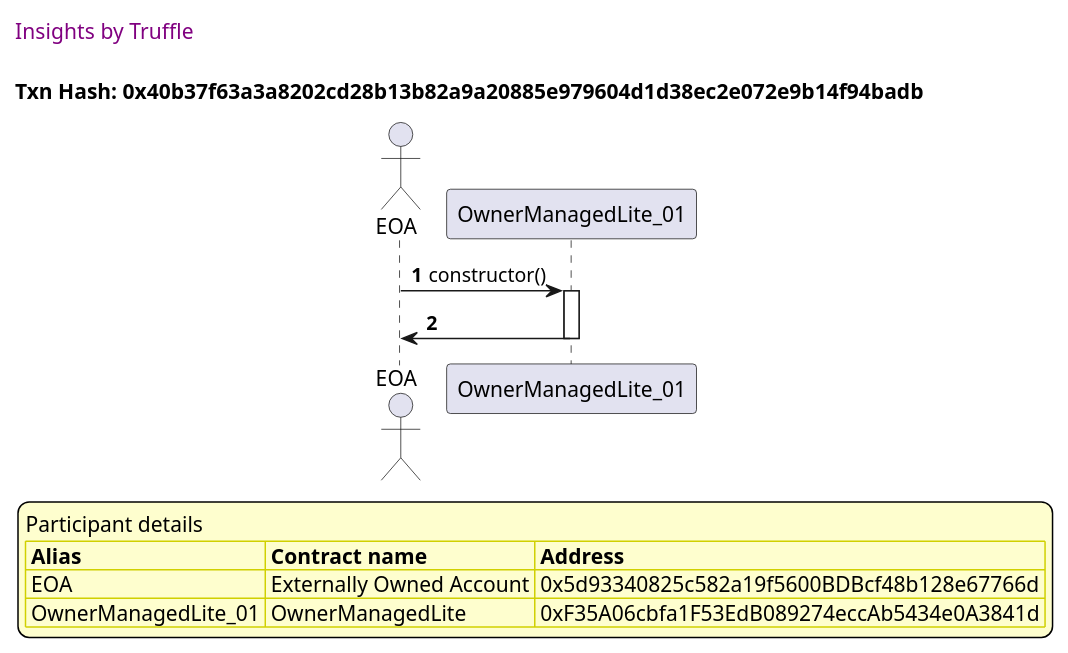
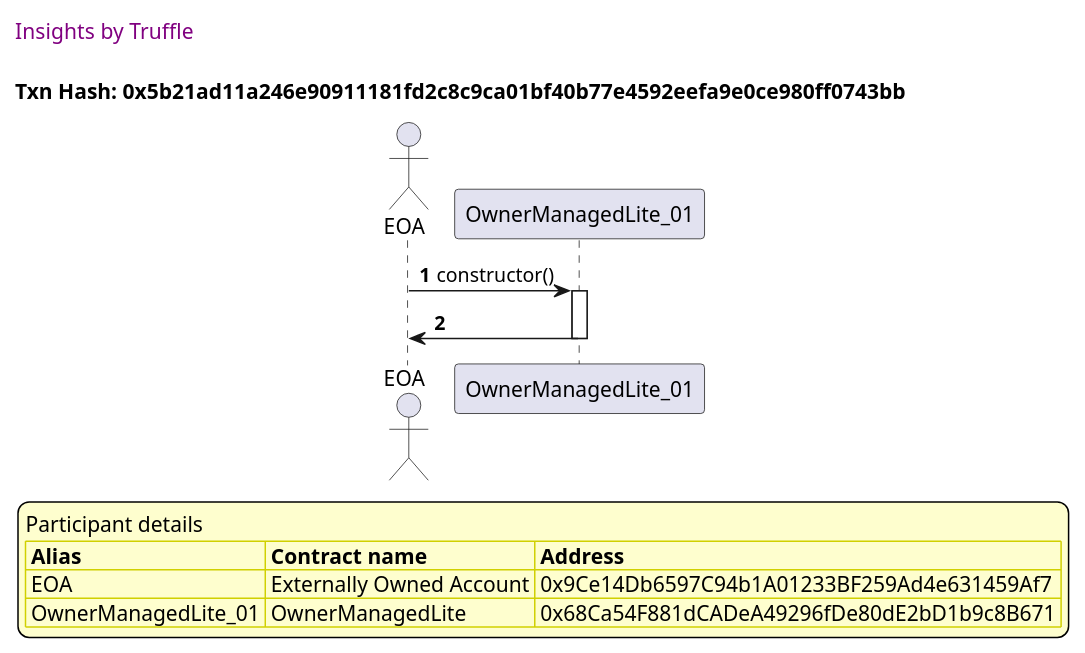
One commit to thedarkjester/ConsensysAssignment changed the first of 53 diagrams in truffle-seq/OwnerManagedLite_test_withdraw_and_fallback.md. Above: the diagram before and after it, drawn with PlantUML. The commit also changed other lines of this file and 13 other files, not shown here.

````diff
--- a/truffle-seq/OwnerManagedLite_test_withdraw_and_fallback.md
+++ b/truffle-seq/OwnerManagedLite_test_withdraw_and_fallback.md
@@ -13,37 +13,37 @@
 ```plantuml
 
 
 @startuml
 
 autonumber
 skinparam legendBackgroundColor #FEFECE
 
 <style>
       header {
         HorizontalAlignment left
         FontColor purple
         FontSize 14
         Padding 10
       }
     </style>
 
 header Insights by Truffle
 
-title Txn Hash: 0x40b37f63a3a8202cd28b13b82a9a20885e979604d1d38ec2e072e9b14f94badb
+title Txn Hash: 0x5b21ad11a246e90911181fd2c8c9ca01bf40b77e4592eefa9e0ce980ff0743bb
 
 
 actor EOA as "EOA"
 participant OwnerManagedLite_01 as "OwnerManagedLite_01"
 
 "EOA" -> "OwnerManagedLite_01" ++: constructor()
 "OwnerManagedLite_01" -> "EOA" --: 
 
 legend
 Participant details
 <#FEFECE,#D0D000>|= Alias |= Contract name |= Address |
-<#FEFECE>| EOA | Externally Owned Account | 0x5d93340825c582a19f5600BDBcf48b128e67766d |
-<#FEFECE>| OwnerManagedLite_01 | OwnerManagedLite | 0xF35A06cbfa1F53EdB089274eccAb5434e0A3841d |
+<#FEFECE>| EOA | Externally Owned Account | 0x9Ce14Db6597C94b1A01233BF259Ad4e631459Af7 |
+<#FEFECE>| OwnerManagedLite_01 | OwnerManagedLite | 0x68Ca54F881dCADeA49296fDe80dE2bD1b9c8B671 |
 endlegend
 
 @enduml
 ```
````
